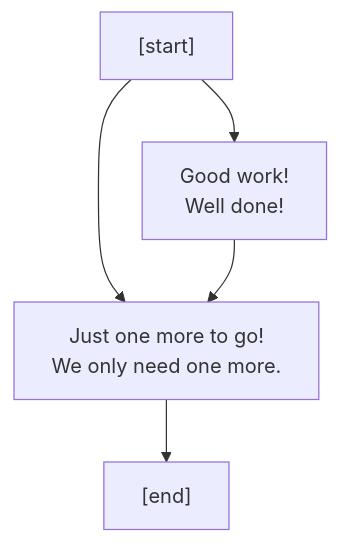
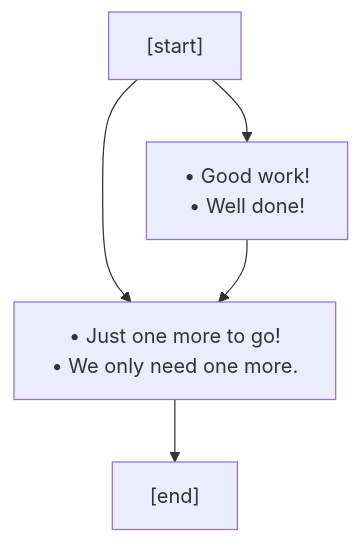
The sixth of 6 diagrams in src/core/lore/graphs/build_and_power.md (charredUtensil/groundhog), drawn with Mermaid before and after one commit. The commit also changed other lines of this file and 7 other files, not shown here.

````diff
--- a/src/core/lore/graphs/build_and_power.md
+++ b/src/core/lore/graphs/build_and_power.md
@@ -82,11 +82,11 @@
 ```mermaid
 flowchart TD;
 P0["[start]"]
 P0 --> P1
 P0 --> P2
-P1["Good work!<br/>Well done!"]
+P1["&bull; Good work!<br/>&bull; Well done!"]
 P1 --> P2
-P2["Just one more to go!<br/>We only need one more."]
+P2["&bull; Just one more to go!<br/>&bull; We only need one more."]
 P2 --> P3
 P3["[end]"]
 ```
````
